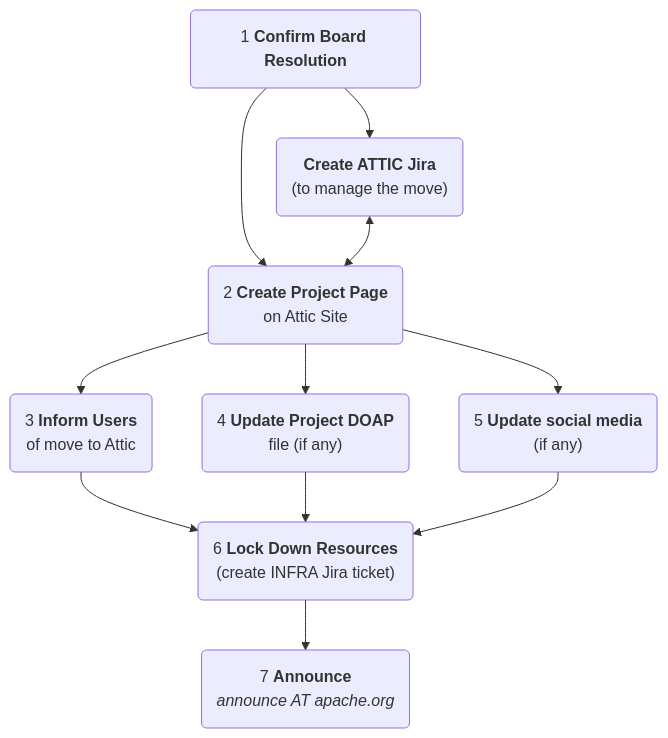
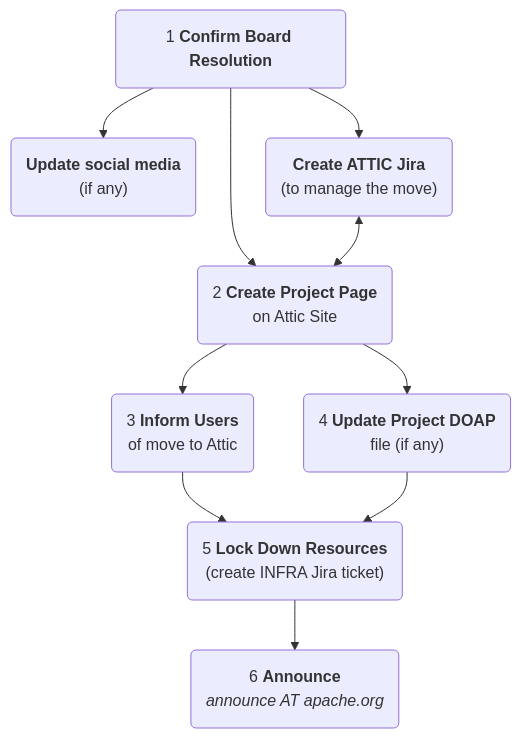
Before and after one commit to apache/attic: the diagram in process-howto.md, drawn with Mermaid. The commit also changed other lines of this file and 1 other file, not shown here.

Commit message:
social media in parallel to Attic (#37)
* social media in parallel to Attic

* Update to latest checkout action

* Try to fix fetch

---------

````diff
--- a/process-howto.md
+++ b/process-howto.md
@@ -30,37 +30,36 @@
 ```mermaid
 graph TD;
     accTitle: the Attic Process
     accDescr: Attic process diagram which shows the steps of moving a Retired Project to the Attic
     RESL("`1 **Confirm Board Resolution**`")
+    SOCL("`**Update social media**
+        (if any)`")
     JIRA("`**Create ATTIC Jira**
         (to manage the move)`")
     PROJ("`2 **Create Project Page**
         on Attic Site`")
     USER("`3 **Inform Users**
         of move to Attic`")
     DOAP("`4 **Update Project DOAP**
         file (if any)`")
-    SOCL("`5 **Update social media**
-        (if any)`")
-    LOCK("`6 **Lock Down Resources**
+    LOCK("`5 **Lock Down Resources**
         (create INFRA Jira ticket)`")
-    ANNC("`7 **Announce**
+    ANNC("`6 **Announce**
         *announce AT apache.org*`")
     RESL-->JIRA;
     RESL-->PROJ;
     JIRA<-->PROJ;
+    RESL-->SOCL;
     PROJ-->USER;
     PROJ-->DOAP;
-    PROJ-->SOCL;
     USER-->LOCK;
     DOAP-->LOCK;
-    SOCL-->LOCK;
     LOCK-->ANNC;
     click RESL "#1-confirm-board-resolution"
+    click SOCL "#update-social-media-if-any"
     click PROJ "#2-create-project-page-on-attic-site"
     click USER "#3-inform-users-of-the-move-to-the-attic"
     click DOAP "#4-update-the-project-doap-file-if-any"
-    click SOCL "#5-update-social-media-if-any"
-    click LOCK "#6-get-infra-to-lock-down-project-resources"
-    click ANNC "#7-announce-on-announce-at-apacheorg"
+    click LOCK "#5-get-infra-to-lock-down-project-resources"
+    click ANNC "#6-announce-on-announce-at-apacheorg"
 ```
````
